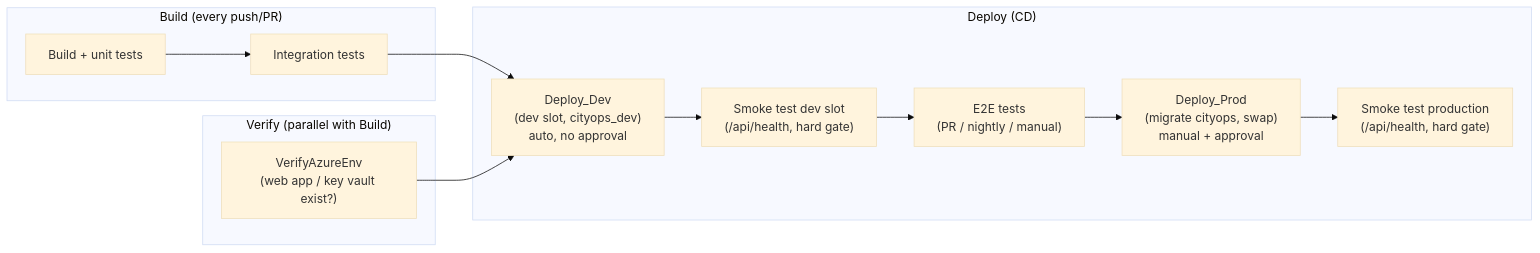
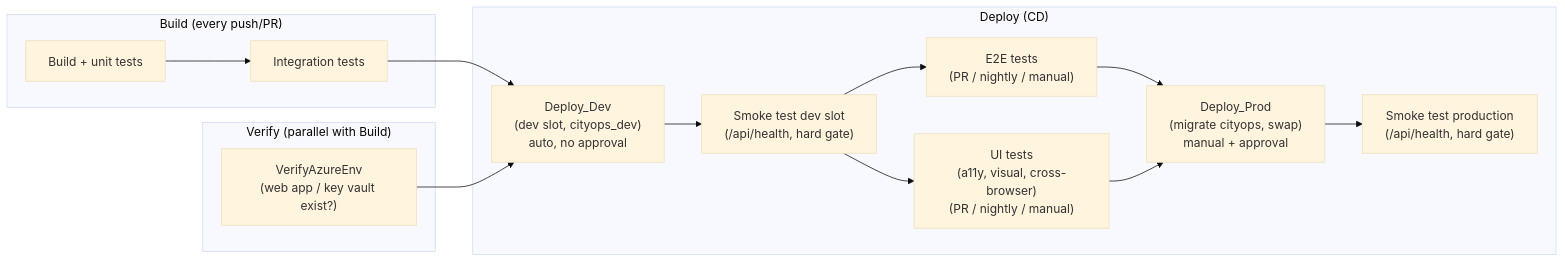
One commit to zynsys/cityops changed the diagram in docs/deployment-guidelines.md. Above: the diagram before and after it, drawn with Mermaid (base theme). The commit also changed other lines of this file and 7 other files, not shown here.

Commit message:
feat: add UI tests for accessibility and visual regression, including Playwright configurations

````diff
--- a/docs/deployment-guidelines.md
+++ b/docs/deployment-guidelines.md
@@ -32,17 +32,19 @@
 ```mermaid
 flowchart LR
     subgraph CI["Build (every push/PR)"]
         A[Build + unit tests] --> B[Integration tests]
     end
     subgraph V["Verify (parallel with Build)"]
         V1["VerifyAzureEnv\n(web app / key vault exist?)"]
     end
     subgraph CD["Deploy (CD)"]
         B --> C["Deploy_Dev\n(dev slot, cityops_dev)\nauto, no approval"]
         V1 --> C
         C --> C2["Smoke test dev slot\n(/api/health, hard gate)"]
         C2 --> D["E2E tests\n(PR / nightly / manual)"]
+        C2 --> U["UI tests\n(a11y, visual, cross-browser)\n(PR / nightly / manual)"]
         D --> E["Deploy_Prod\n(migrate cityops, swap)\nmanual + approval"]
+        U --> E
         E --> E2["Smoke test production\n(/api/health, hard gate)"]
     end
 ```
````
